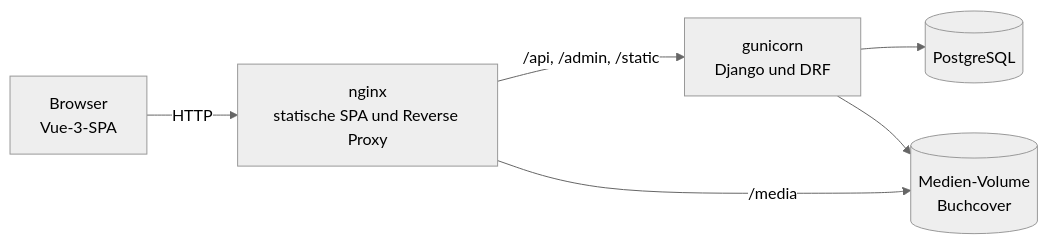
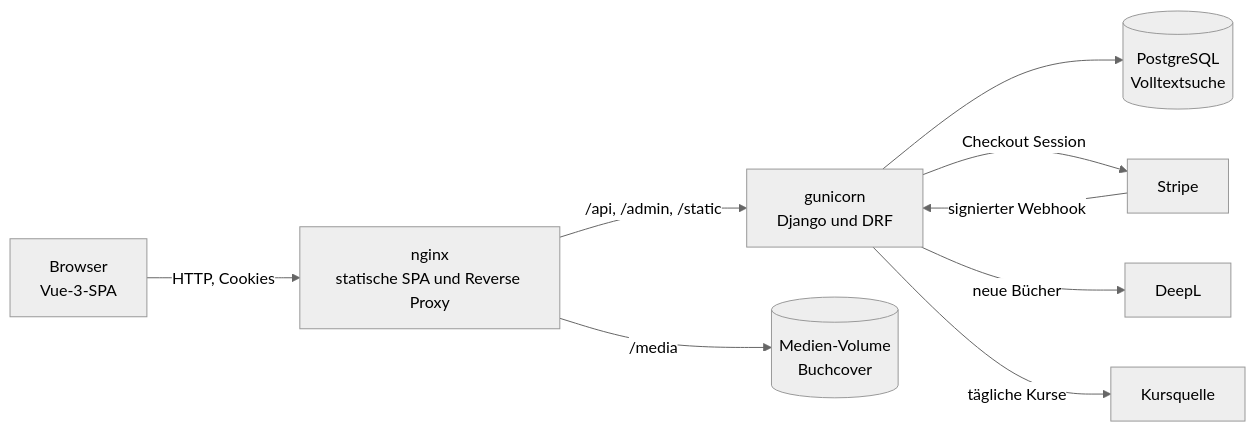
One commit to DogNellaf/verso-bookshop changed the diagram in README.de.md. Above: the diagram before and after it, drawn with Mermaid (neutral theme). The commit also changed other lines of this file and 3 other files, not shown here.

````diff
--- a/README.de.md
+++ b/README.de.md
@@ -139,8 +164,11 @@
 ```mermaid
 flowchart LR
-    U[Browser<br/>Vue-3-SPA] -->|HTTP| N[nginx<br/>statische SPA und Reverse Proxy]
+    U[Browser<br/>Vue-3-SPA] -->|HTTP, Cookies| N[nginx<br/>statische SPA und Reverse Proxy]
     N -->|/api, /admin, /static| G[gunicorn<br/>Django und DRF]
     N -->|/media| M[(Medien-Volume<br/>Buchcover)]
-    G --> P[(PostgreSQL)]
-    G --> M
+    G --> P[(PostgreSQL<br/>Volltextsuche)]
+    G -->|Checkout Session| S[Stripe]
+    S -->|signierter Webhook| G
+    G -->|neue Bücher| D[DeepL]
+    G -->|tägliche Kurse| R[Kursquelle]
 ```
````
